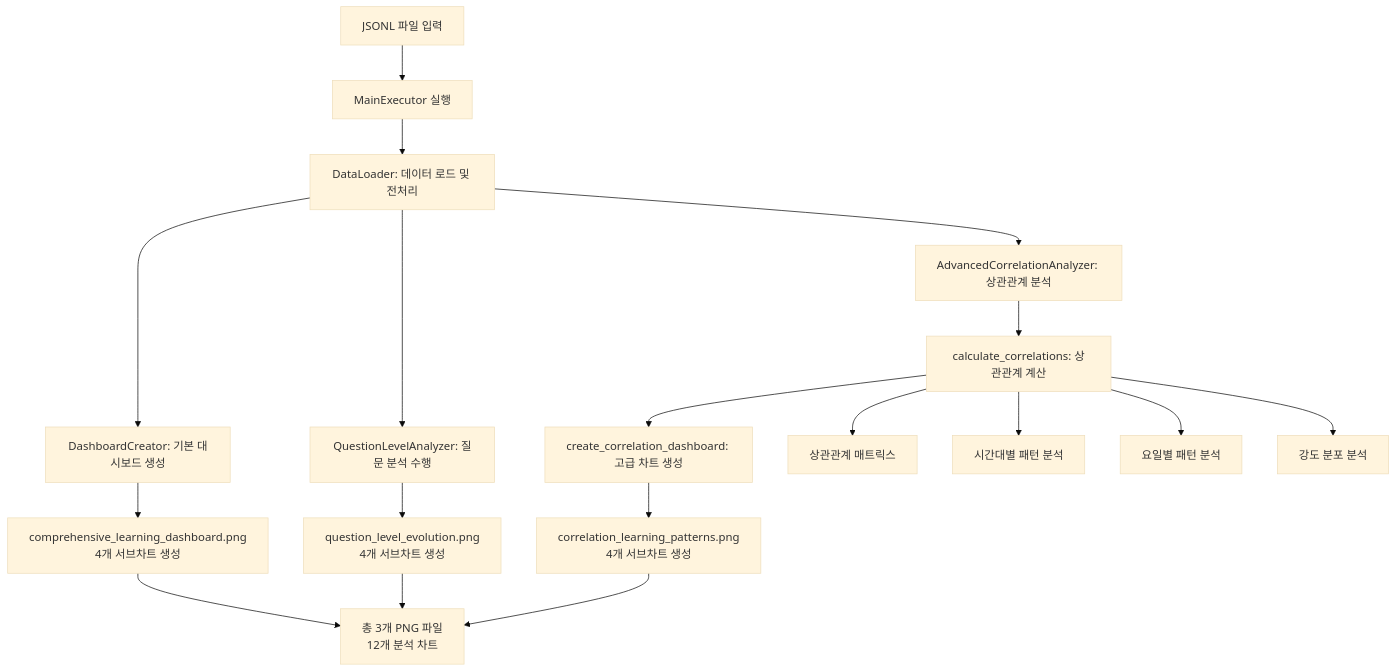
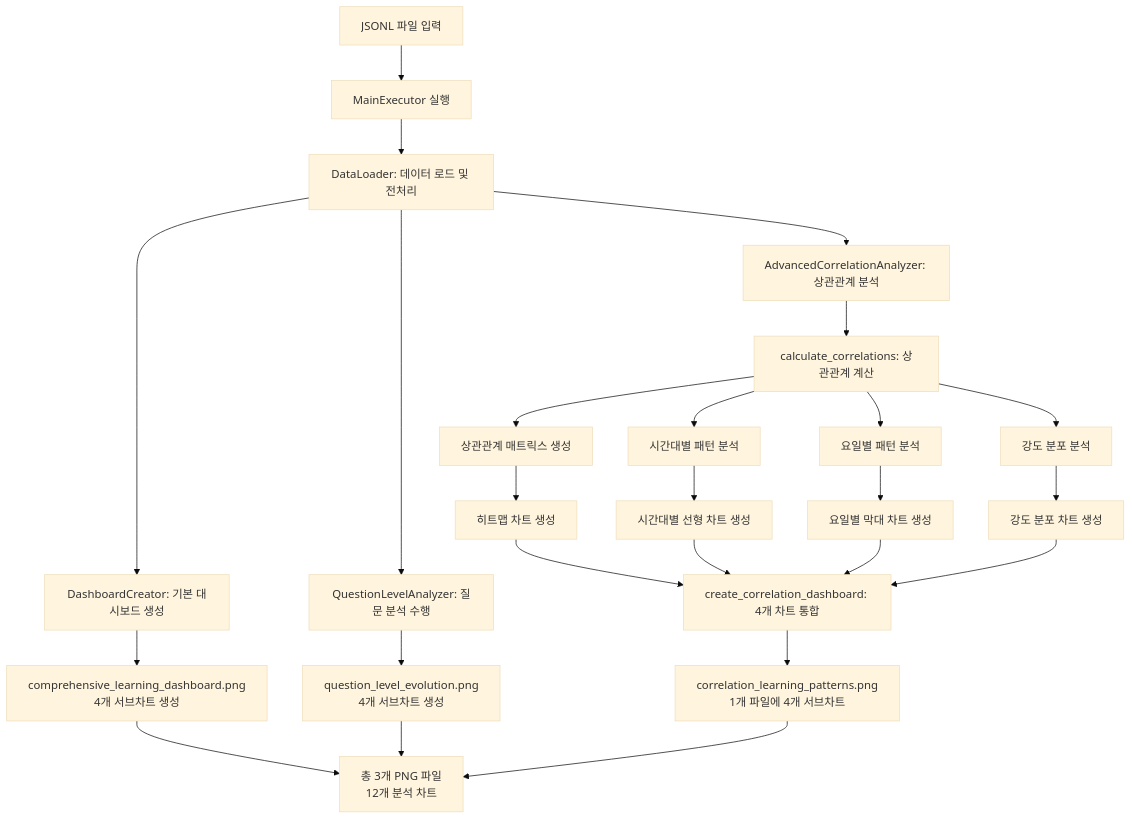
Before and after one commit to 2574895/DataAnalysis_PF: the second of 2 diagrams in README.md, drawn with Mermaid (base theme).

Commit message:
docs: 상관관계 분석의 세부 데이터 처리 흐름 정확화
- calculate_correlations → 4개 분석 결과 생성 과정 명시
- 각 분석 결과별 개별 차트 생성 (히트맵, 선형, 막대, 분포) 시각화
- 4개 차트를 통합하여 1개 PNG 파일 생성하는 정확한 순서 반영
- 실제 코드 실행 흐름과 완벽하게 일치하는 데이터 플로우 구성

````diff
--- a/README.md
+++ b/README.md
@@ -123,26 +123,35 @@
 ```mermaid
 graph TD
     A[JSONL 파일 입력] --> B[MainExecutor 실행]
 
     B --> C[DataLoader: 데이터 로드 및 전처리]
     C --> D[DashboardCreator: 기본 대시보드 생성]
     C --> E[QuestionLevelAnalyzer: 질문 분석 수행]
 
     D --> F[comprehensive_learning_dashboard.png<br/>4개 서브차트 생성]
     E --> G[question_level_evolution.png<br/>4개 서브차트 생성]
 
     C --> H[AdvancedCorrelationAnalyzer: 상관관계 분석]
     H --> I[calculate_correlations: 상관관계 계산]
-    I --> J[create_correlation_dashboard: 고급 차트 생성]
 
-    J --> K[correlation_learning_patterns.png<br/>4개 서브차트 생성]
+    I --> M[상관관계 매트릭스 생성]
+    I --> N[시간대별 패턴 분석]
+    I --> O[요일별 패턴 분석]
+    I --> P[강도 분포 분석]
+
+    M --> Q[히트맵 차트 생성]
+    N --> R[시간대별 선형 차트 생성]
+    O --> S[요일별 막대 차트 생성]
+    P --> T[강도 분포 차트 생성]
+
+    Q --> J[create_correlation_dashboard: 4개 차트 통합]
+    R --> J
+    S --> J
+    T --> J
+
+    J --> K[correlation_learning_patterns.png<br/>1개 파일에 4개 서브차트]
 
     F --> L[총 3개 PNG 파일<br/>12개 분석 차트]
     G --> L
     K --> L
-
-    I --> M[상관관계 매트릭스]
-    I --> N[시간대별 패턴 분석]
-    I --> O[요일별 패턴 분석]
-    I --> P[강도 분포 분석]
 ```
````
